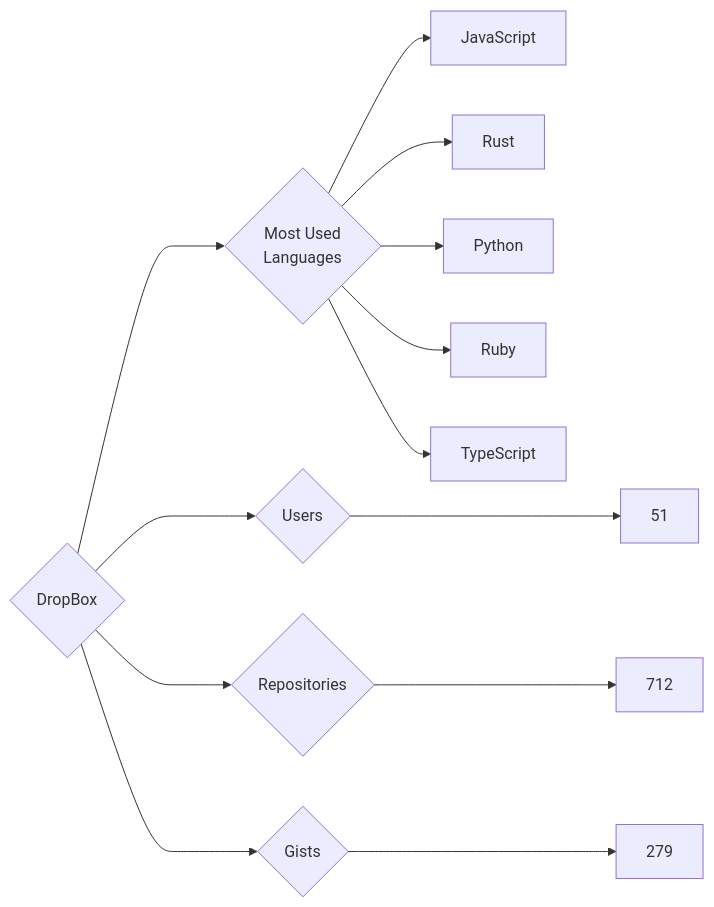
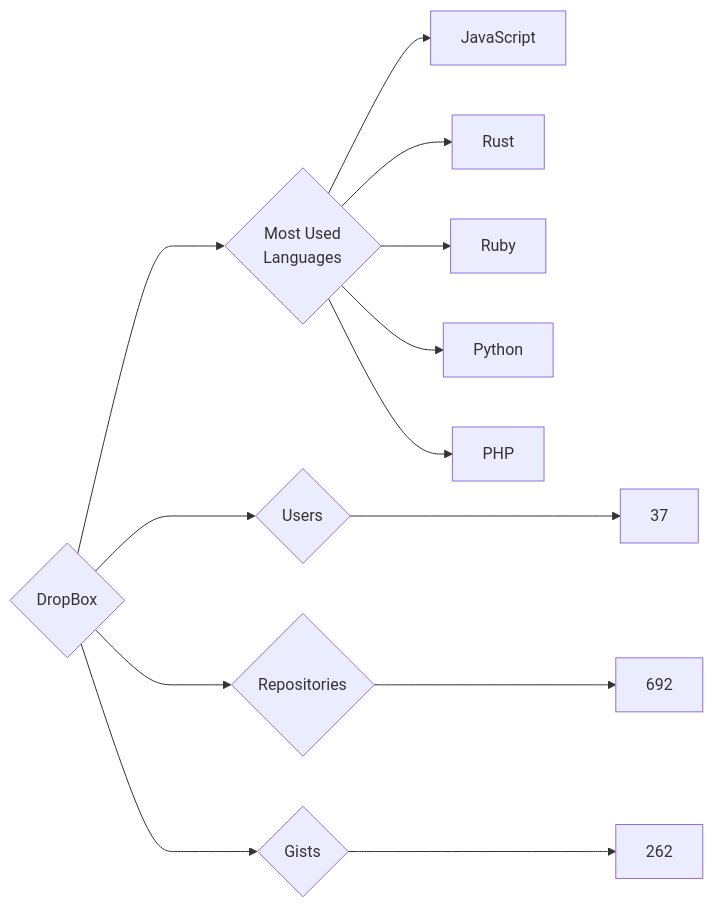
One commit to trickest/insiders changed the diagram in targets/DropBox/README.md. Above: the diagram before and after it, drawn with Mermaid. The commit also changed 736 other files, not shown here.

````diff
--- a/targets/DropBox/README.md
+++ b/targets/DropBox/README.md
@@ -3,13 +3,13 @@
 ```mermaid
 graph LR
 COMPANY_NAME{DropBox}
-COMPANY_NAME ---> U{Users} ---> UN[51]
-COMPANY_NAME ---> R{Repositories} ---> RN[712]
-COMPANY_NAME ---> G{Gists} ---> GN[279]
+COMPANY_NAME ---> U{Users} ---> UN[37]
+COMPANY_NAME ---> R{Repositories} ---> RN[692]
+COMPANY_NAME ---> G{Gists} ---> GN[262]
 COMPANY_NAME ---> ML{Most Used<br>Languages}
 ML --> JavaScript[JavaScript]
 ML --> Rust[Rust]
+ML --> Ruby[Ruby]
 ML --> Python[Python]
-ML --> Ruby[Ruby]
-ML --> TypeScript[TypeScript]
+ML --> PHP[PHP]
 ```
````
